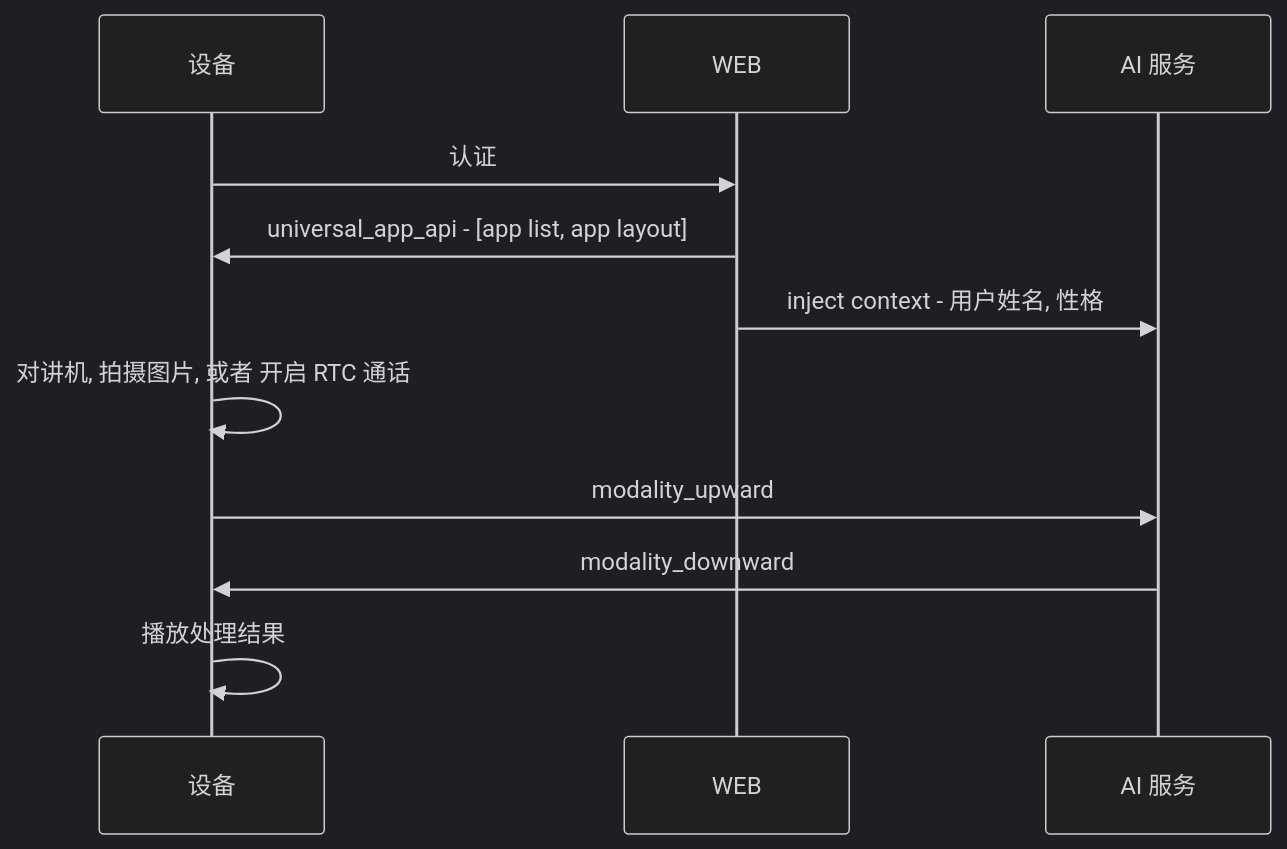
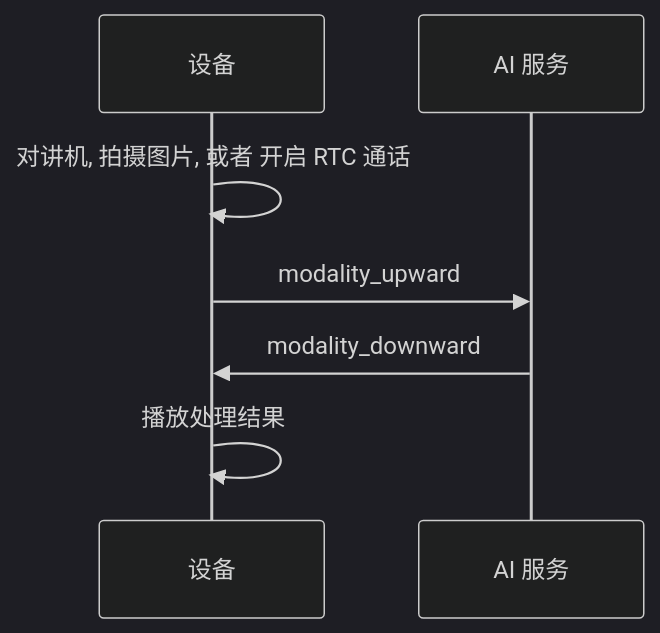
Before and after one commit to shaojun/open_docs: the fourth of 7 diagrams in projects/commercial/USER_STORY.md, drawn with Mermaid (dark theme). The commit also changed other lines of this file, not shown here.

````diff
--- a/projects/commercial/USER_STORY.md
+++ b/projects/commercial/USER_STORY.md
@@ -36,13 +61,9 @@
 ```mermaid
 sequenceDiagram
     participant Device as 设备
-    participant Web as WEB
     participant AIService as AI 服务
-    Device->>Web: 认证
-    Web->>Device: universal_app_api - [app list, app layout]
-    Web->>AIService: inject context - 用户姓名, 性格   
     Device->>Device: 对讲机, 拍摄图片, 或者 开启 RTC 通话
     Device->>AIService: modality_upward
     AIService->>Device: modality_downward
     Device->>Device: 播放处理结果
 ```
````
